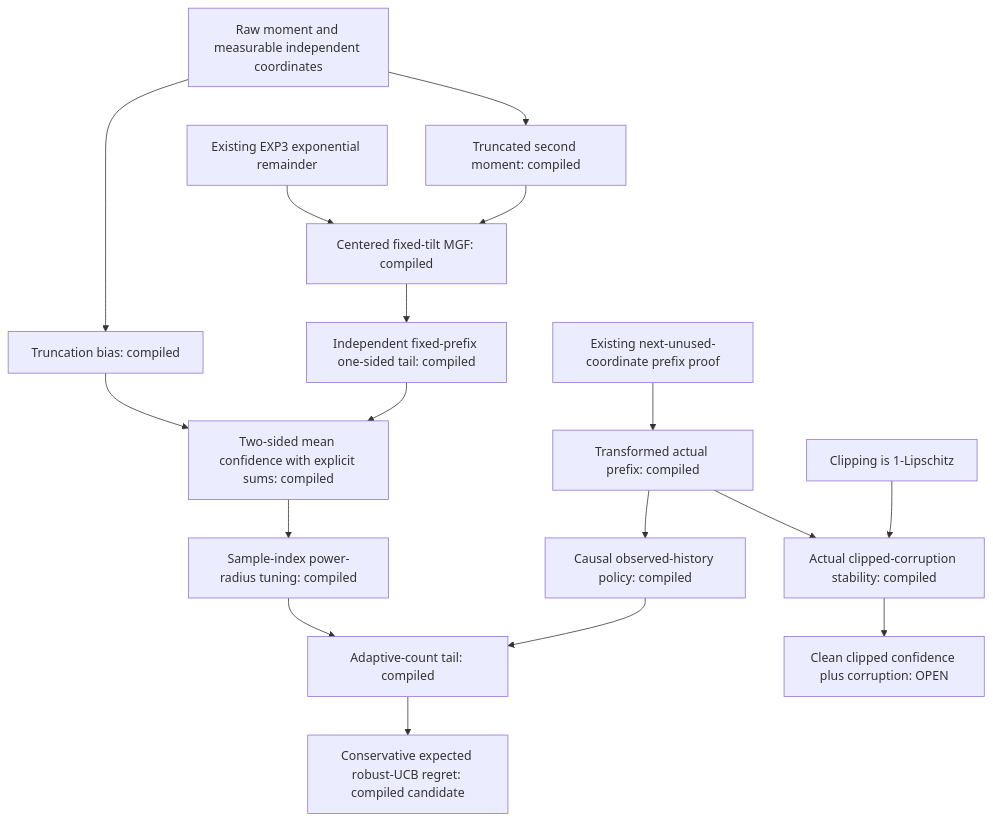
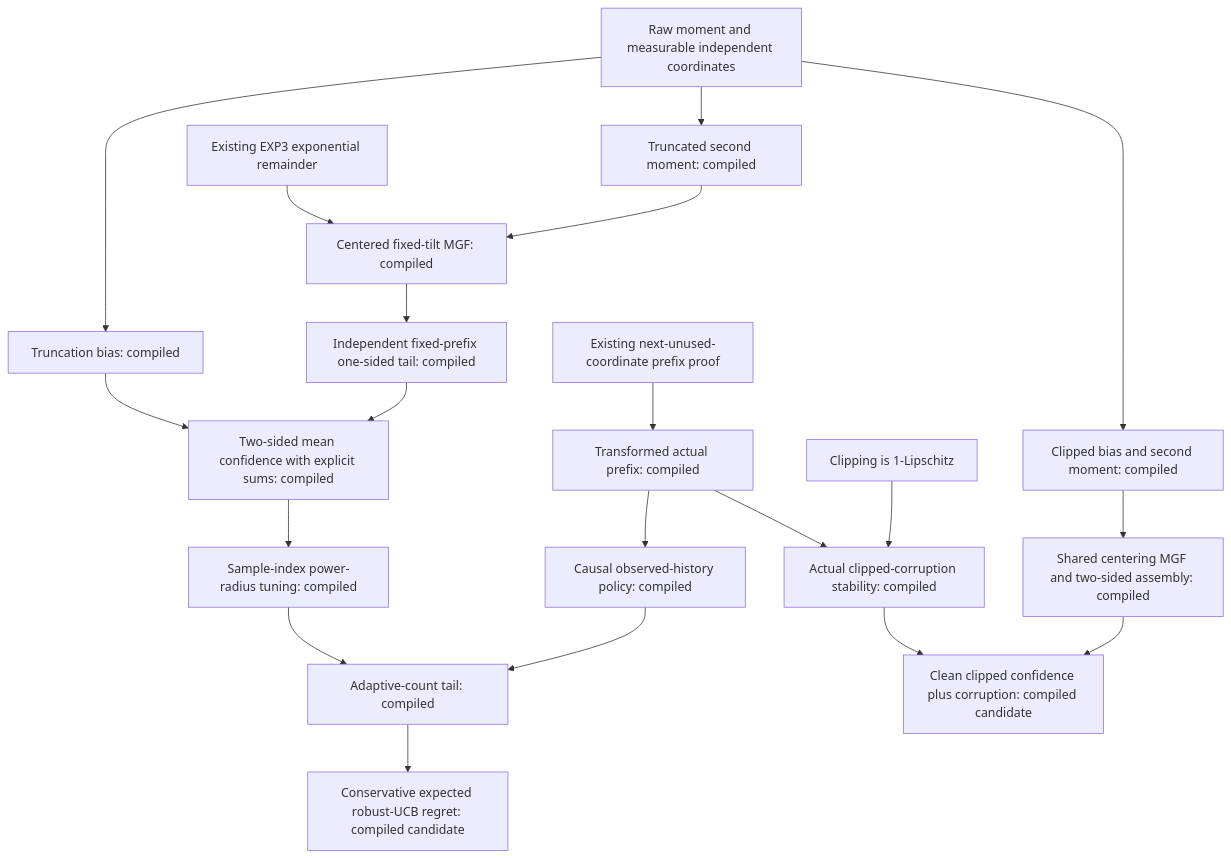
Before and after one commit to DakeBU/Auto-Bandit-RL-Proof-In-Sleep: the diagram in docs/extended-topics/OBLIGATIONS.md, drawn with Mermaid. The commit also changed 12 other files, not shown here.

Commit message:
Derive adaptive clipped confidence from raw moments and corruption budget

````diff
--- a/docs/extended-topics/OBLIGATIONS.md
+++ b/docs/extended-topics/OBLIGATIONS.md
@@ -3,19 +3,22 @@
 ```mermaid
 flowchart TD
   M[Raw moment and measurable independent coordinates] --> B[Truncation bias: compiled]
   M --> V[Truncated second moment: compiled]
   V --> G[Centered fixed-tilt MGF: compiled]
   E[Existing EXP3 exponential remainder] --> G
   G --> T[Independent fixed-prefix one-sided tail: compiled]
   B --> U[Two-sided mean confidence with explicit sums: compiled]
   T --> U
   H[Existing next-unused-coordinate prefix proof] --> P[Transformed actual prefix: compiled]
   P --> H2[Causal observed-history policy: compiled]
   H2 --> A[Adaptive-count tail: compiled]
   U --> S[Sample-index power-radius tuning: compiled]
   S --> A
   A --> R[Conservative expected robust-UCB regret: compiled candidate]
   P --> C[Actual clipped-corruption stability: compiled]
   L[Clipping is 1-Lipschitz] --> C
-  C --> Q[Clean clipped confidence plus corruption: OPEN]
+  C --> Q[Clean clipped confidence plus corruption: compiled candidate]
+  M --> CB[Clipped bias and second moment: compiled]
+  CB --> CG[Shared centering MGF and two-sided assembly: compiled]
+  CG --> Q
 ```
````
